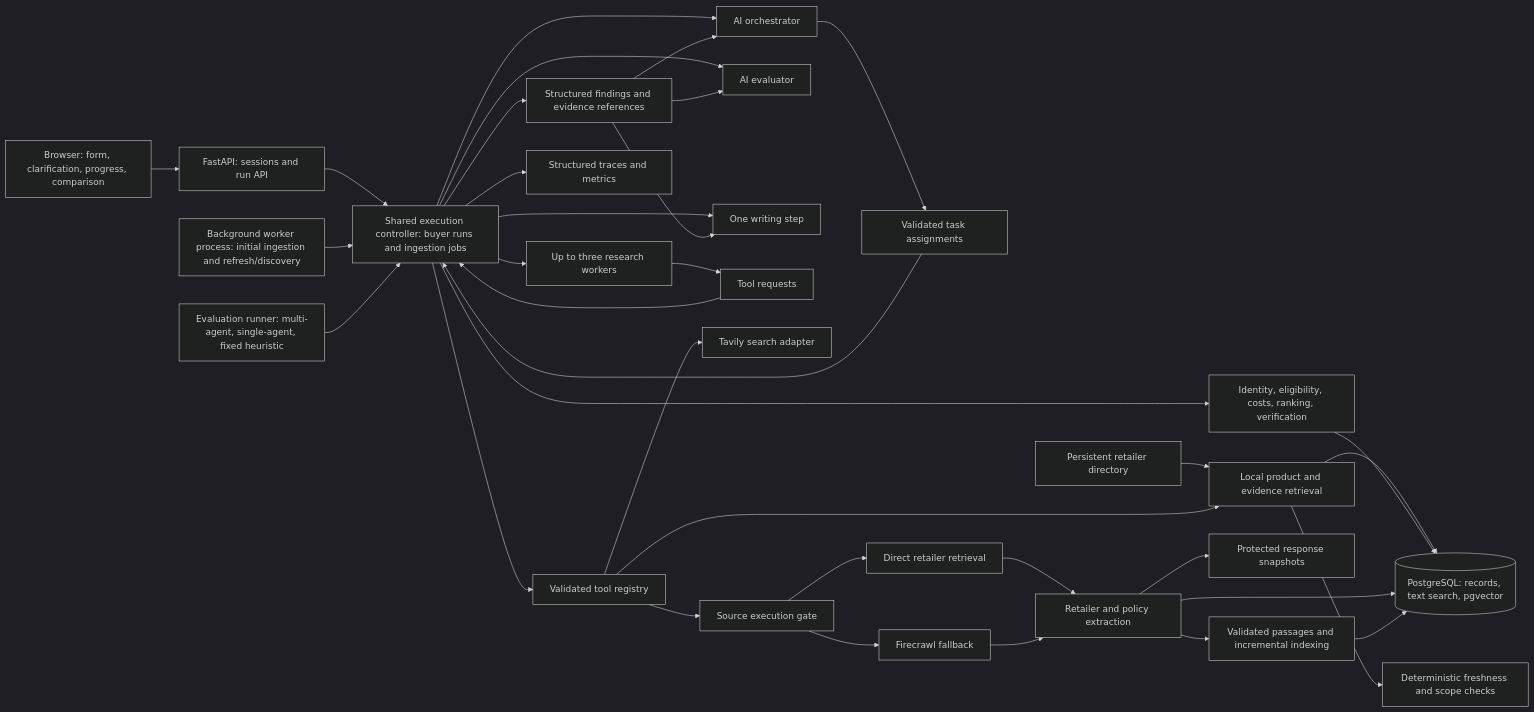
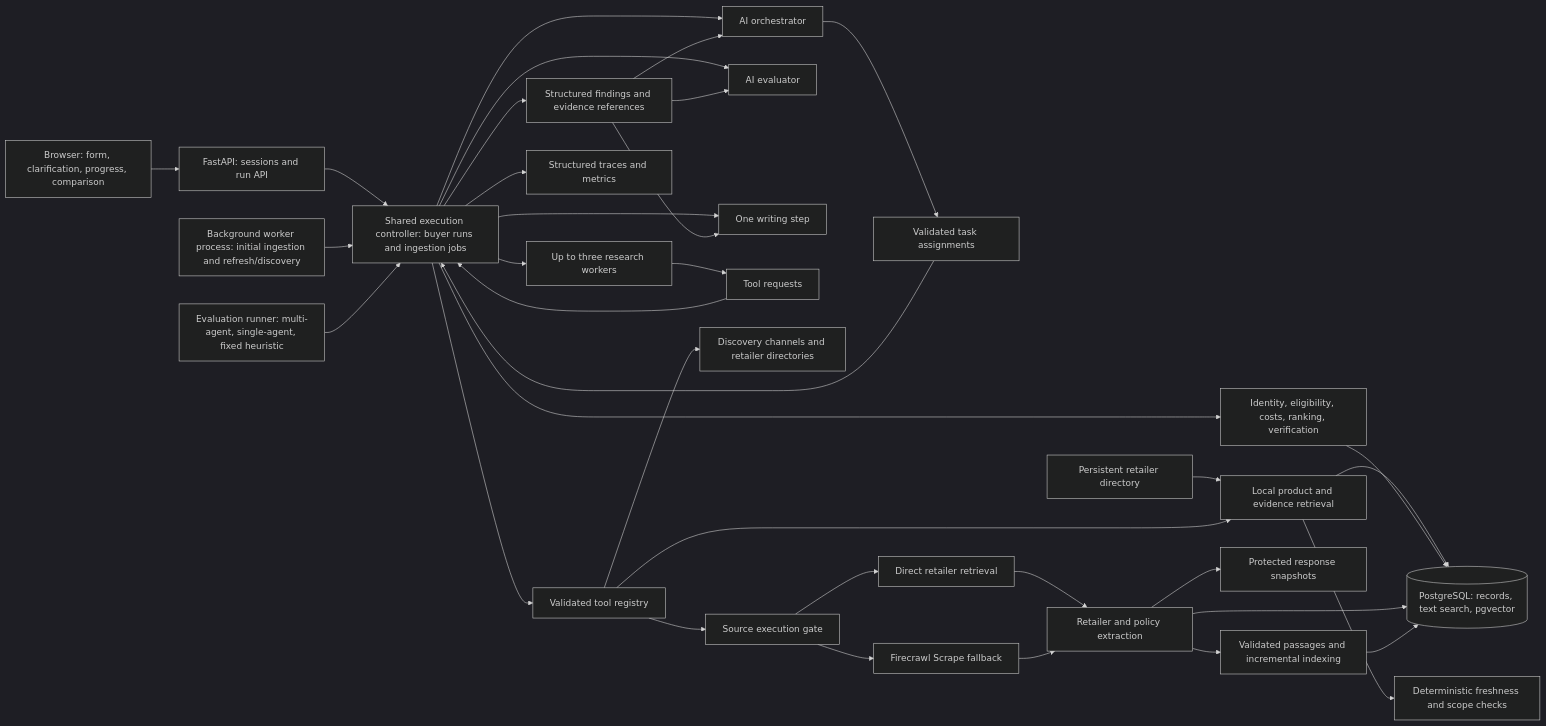
One commit to han33-dotcom/TechScout changed the second of 2 diagrams in docs/full-product-plan.md. Above: the diagram before and after it, drawn with Mermaid (dark theme). The commit also changed other lines of this file and 4 other files, not shown here.

````diff
--- a/docs/full-product-plan.md
+++ b/docs/full-product-plan.md
@@ -136,37 +140,37 @@
 ```mermaid
 flowchart LR
     UI[Browser: form, clarification, progress, comparison] --> API[FastAPI: sessions and run API]
     API --> RUN[Shared execution controller: buyer runs and ingestion jobs]
     JOBS[Background worker process: initial ingestion and refresh/discovery] --> RUN
     DIR[Persistent retailer directory] --> RETRIEVE
     RUN --> PLAN[AI orchestrator]
     PLAN --> TASKS[Validated task assignments]
     TASKS --> RUN
     RUN --> WORKERS[Up to three research workers]
     RUN --> CRITIC[AI evaluator]
     RUN --> WRITER[One writing step]
     RUN --> RULES[Identity, eligibility, costs, ranking, verification]
     WORKERS --> REQUESTS[Tool requests]
     REQUESTS --> RUN
     RUN --> TOOLS[Validated tool registry]
     TOOLS --> RETRIEVE[Local product and evidence retrieval]
     RETRIEVE --> DB
     RETRIEVE --> FRESH[Deterministic freshness and scope checks]
-    TOOLS --> SEARCH[Tavily search adapter]
+    TOOLS --> SEARCH[Discovery channels and retailer directories]
     TOOLS --> GATE[Source execution gate]
     GATE --> DIRECT[Direct retailer retrieval]
-    GATE --> FALLBACK[Firecrawl fallback]
+    GATE --> FALLBACK[Firecrawl Scrape fallback]
     DIRECT --> ADAPTERS[Retailer and policy extraction]
     FALLBACK --> ADAPTERS
     RULES --> DB[(PostgreSQL: records, text search, pgvector)]
     ADAPTERS --> DB
     ADAPTERS --> RAW[Protected response snapshots]
     ADAPTERS --> INDEX[Validated passages and incremental indexing]
     INDEX --> DB
     RUN --> STORE[Structured findings and evidence references]
     STORE --> PLAN
     STORE --> CRITIC
     STORE --> WRITER
     RUN --> TRACE[Structured traces and metrics]
     EVAL[Evaluation runner: multi-agent, single-agent, fixed heuristic] --> RUN
 ```
````
